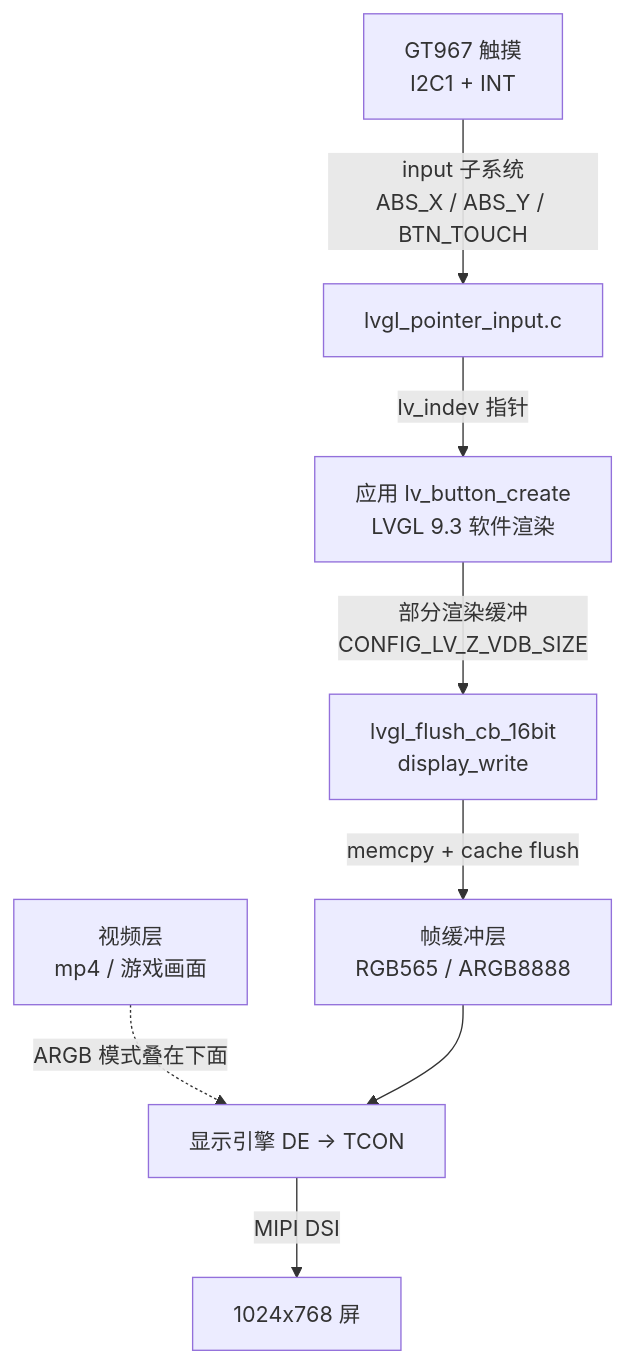
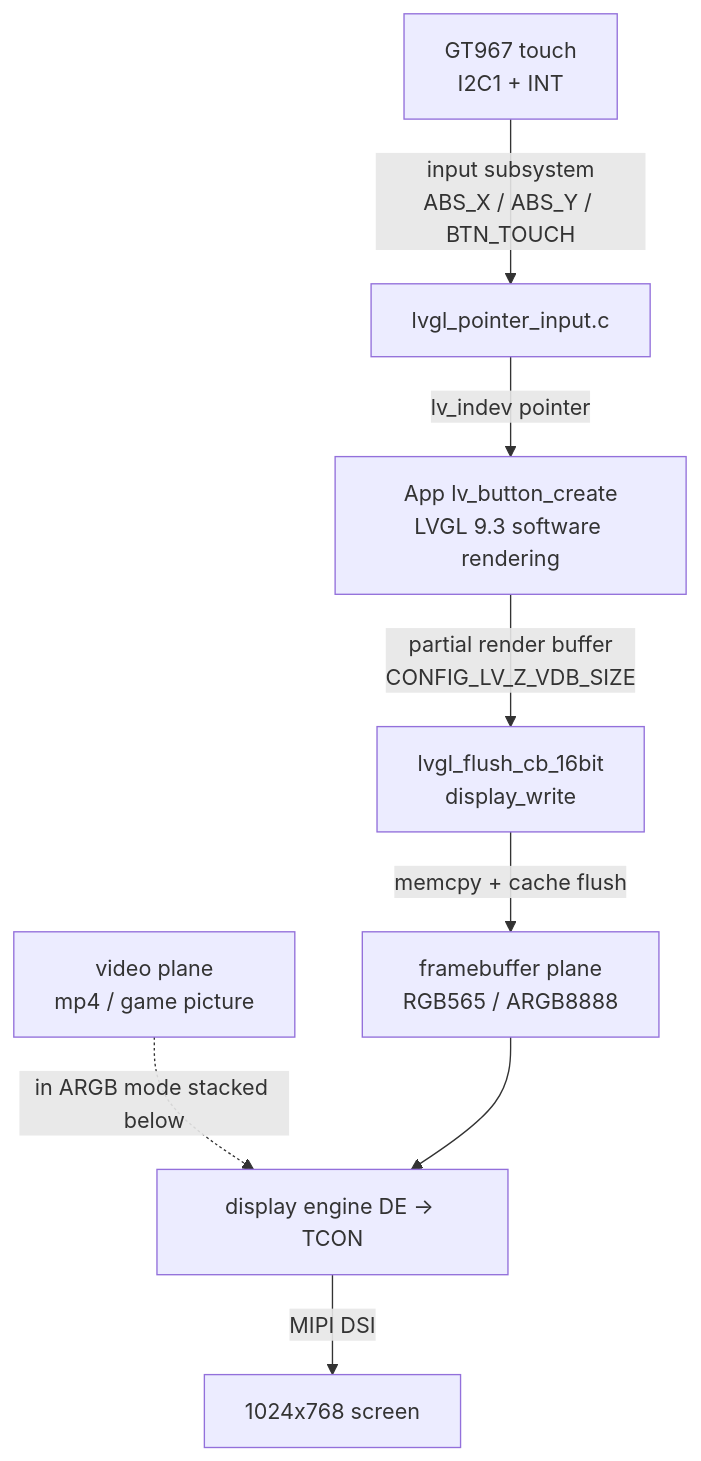
The diagram in docs/src/content/docs/dev/zephyr/apps/lvgl.md (YuzukiHD/YuzukiNeko), drawn with Mermaid before and after one commit. The commit also changed other lines of this file and 216 other files, not shown here.

````diff
--- a/docs/src/content/docs/dev/zephyr/apps/lvgl.md
+++ b/docs/src/content/docs/dev/zephyr/apps/lvgl.md
@@ -7,10 +7,10 @@
 ```mermaid
 flowchart TB
-    APP["应用 lv_button_create<br/>LVGL 9.3 软件渲染"] -->|"部分渲染缓冲<br/>CONFIG_LV_Z_VDB_SIZE"| FLUSH["lvgl_flush_cb_16bit<br/>display_write"]
-    TP["GT967 触摸<br/>I2C1 + INT"] -->|"input 子系统<br/>ABS_X / ABS_Y / BTN_TOUCH"| PTR["lvgl_pointer_input.c"]
-    PTR -->|"lv_indev 指针"| APP
-    FLUSH -->|"memcpy + cache flush"| FB["帧缓冲层<br/>RGB565 / ARGB8888"]
-    VID["视频层<br/>mp4 / 游戏画面"] -.->|"ARGB 模式叠在下面"| DE["显示引擎 DE → TCON"]
+    APP["App lv_button_create<br/>LVGL 9.3 software rendering"] -->|"partial render buffer<br/>CONFIG_LV_Z_VDB_SIZE"| FLUSH["lvgl_flush_cb_16bit<br/>display_write"]
+    TP["GT967 touch<br/>I2C1 + INT"] -->|"input subsystem<br/>ABS_X / ABS_Y / BTN_TOUCH"| PTR["lvgl_pointer_input.c"]
+    PTR -->|"lv_indev pointer"| APP
+    FLUSH -->|"memcpy + cache flush"| FB["framebuffer plane<br/>RGB565 / ARGB8888"]
+    VID["video plane<br/>mp4 / game picture"] -.->|"in ARGB mode stacked below"| DE["display engine DE → TCON"]
     FB --> DE
-    DE -->|"MIPI DSI"| DSI["1024x768 屏"]
+    DE -->|"MIPI DSI"| DSI["1024x768 screen"]
 ```
````
